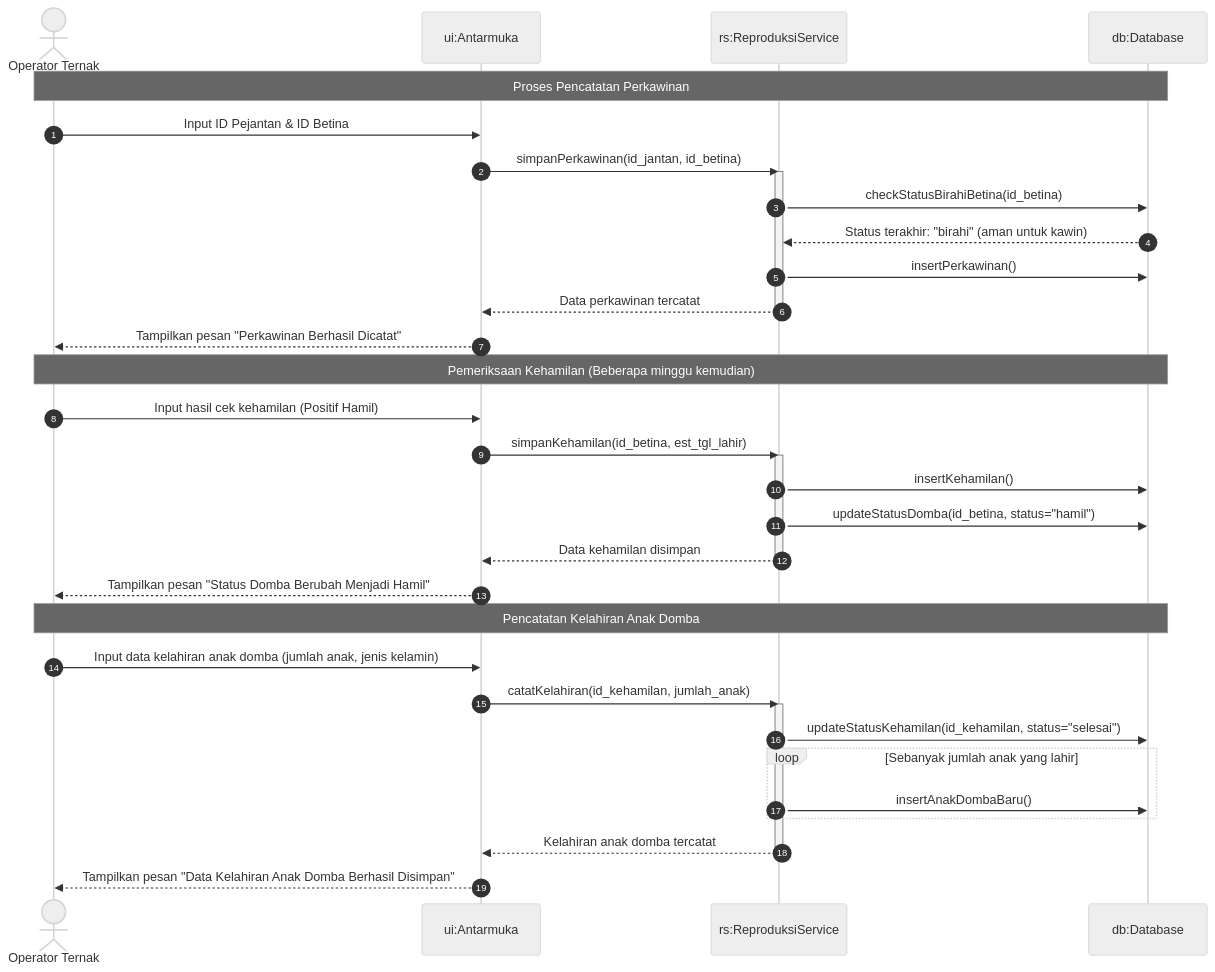
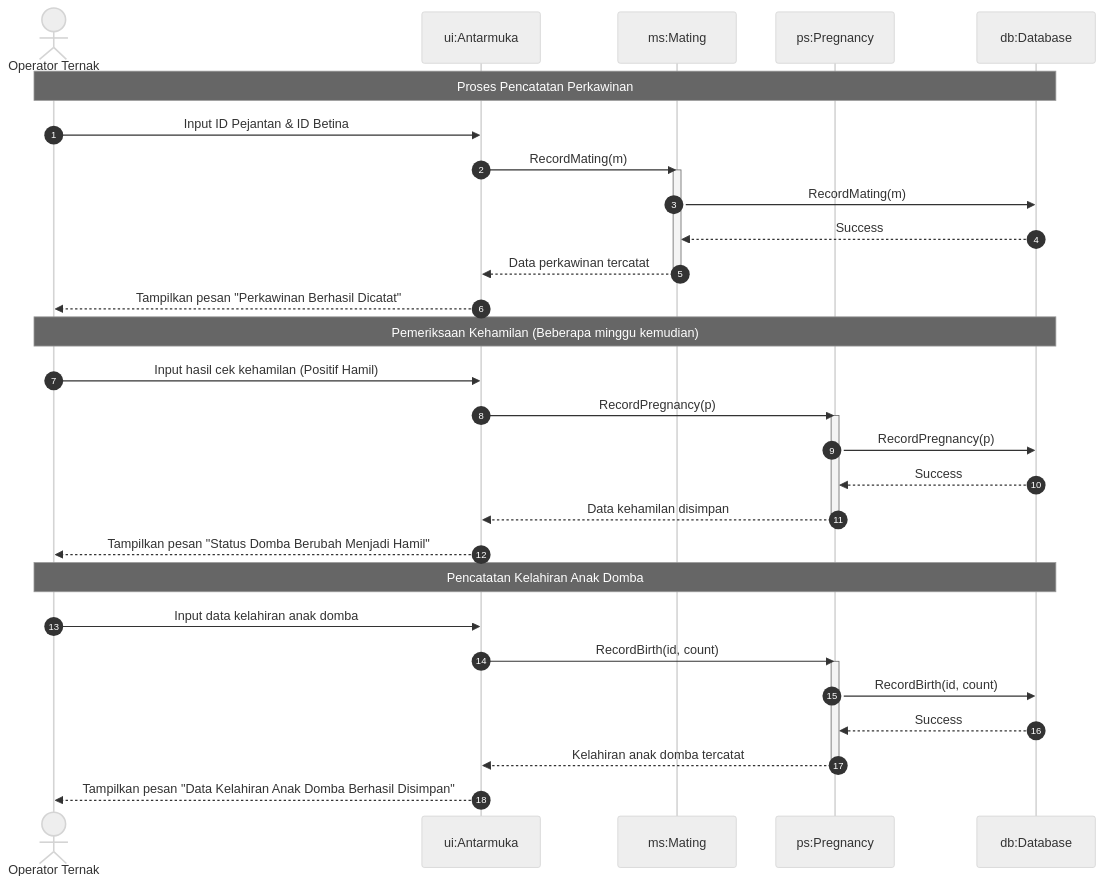
The fourth of 11 diagrams in docs/livestock_module_sequence_diagrams.md (MuhammadHamidy/Farmease), drawn with Mermaid (neutral theme) before and after one commit. The commit also changed other lines of this file and 299 other files, not shown here.

````diff
--- a/docs/livestock_module_sequence_diagrams.md
+++ b/docs/livestock_module_sequence_diagrams.md
@@ -103,44 +95,42 @@
 ```mermaid
 sequenceDiagram
     autonumber
     actor Operator as Operator Ternak
     participant UI as ui:Antarmuka
-    participant RS as rs:ReproduksiService
+    participant MS as ms:Mating
+    participant PS as ps:Pregnancy
     participant DB as db:Database
 
     %% Pencatatan Perkawinan
     Note over Operator, DB: Proses Pencatatan Perkawinan
     Operator->>UI: Input ID Pejantan & ID Betina
-    UI->>RS: simpanPerkawinan(id_jantan, id_betina)
-    activate RS
-    RS->>DB: checkStatusBirahiBetina(id_betina)
-    DB-->>RS: Status terakhir: "birahi" (aman untuk kawin)
-    RS->>DB: insertPerkawinan()
-    RS-->>UI: Data perkawinan tercatat
-    deactivate RS
+    UI->>MS: RecordMating(m)
+    activate MS
+    MS->>DB: RecordMating(m)
+    DB-->>MS: Success
+    MS-->>UI: Data perkawinan tercatat
+    deactivate MS
     UI-->>Operator: Tampilkan pesan "Perkawinan Berhasil Dicatat"
 
     %% Cek Kehamilan
     Note over Operator, DB: Pemeriksaan Kehamilan (Beberapa minggu kemudian)
     Operator->>UI: Input hasil cek kehamilan (Positif Hamil)
-    UI->>RS: simpanKehamilan(id_betina, est_tgl_lahir)
-    activate RS
-    RS->>DB: insertKehamilan()
-    RS->>DB: updateStatusDomba(id_betina, status="hamil")
-    RS-->>UI: Data kehamilan disimpan
-    deactivate RS
+    UI->>PS: RecordPregnancy(p)
+    activate PS
+    PS->>DB: RecordPregnancy(p)
+    DB-->>PS: Success
+    PS-->>UI: Data kehamilan disimpan
+    deactivate PS
     UI-->>Operator: Tampilkan pesan "Status Domba Berubah Menjadi Hamil"
 
     %% Hari Kelahiran
     Note over Operator, DB: Pencatatan Kelahiran Anak Domba
-    Operator->>UI: Input data kelahiran anak domba (jumlah anak, jenis kelamin)
-    UI->>RS: catatKelahiran(id_kehamilan, jumlah_anak)
-    activate RS
-    RS->>DB: updateStatusKehamilan(id_kehamilan, status="selesai")
-    loop Sebanyak jumlah anak yang lahir
-        RS->>DB: insertAnakDombaBaru()
-    end
-    RS-->>UI: Kelahiran anak domba tercatat
-    deactivate RS
+    Operator->>UI: Input data kelahiran anak domba
+    UI->>PS: RecordBirth(id, count)
+    activate PS
+    PS->>DB: RecordBirth(id, count)
+    DB-->>PS: Success
+    PS-->>UI: Kelahiran anak domba tercatat
+    deactivate PS
     UI-->>Operator: Tampilkan pesan "Data Kelahiran Anak Domba Berhasil Disimpan"
 ```
````
